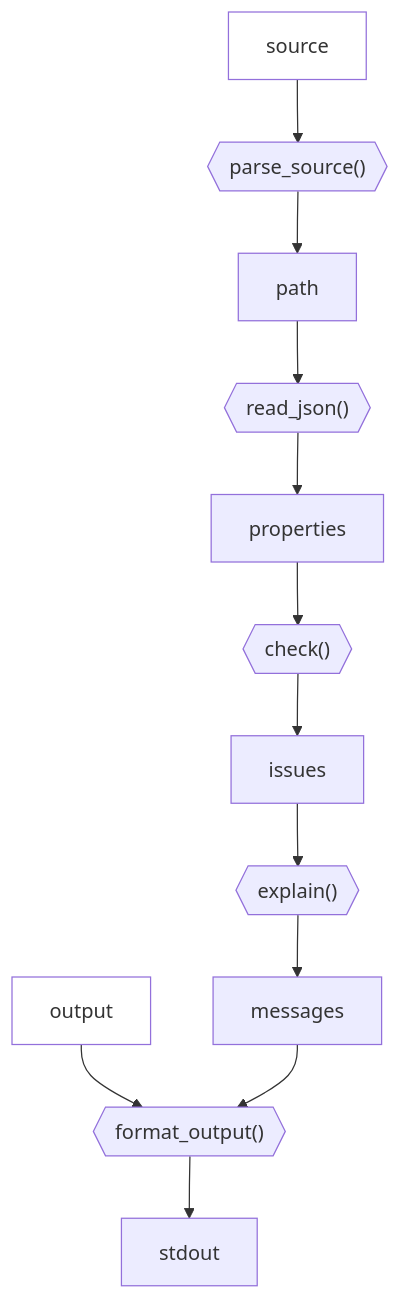
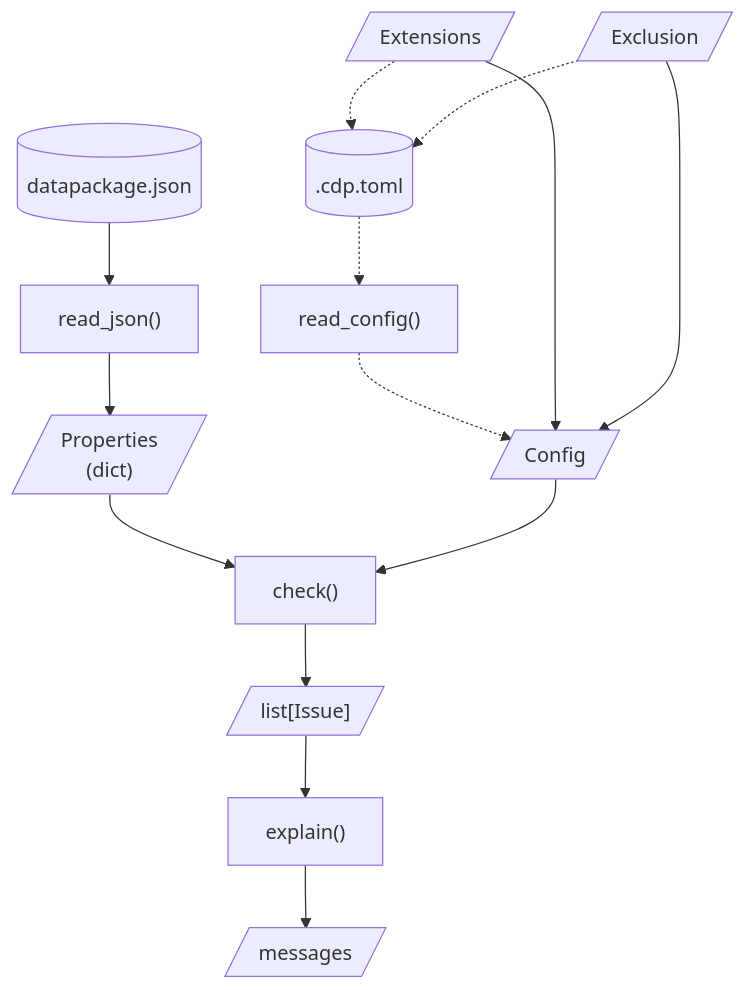
Before and after one commit to seedcase-project/check-datapackage: the diagram in docs/design/interface/python.qmd, drawn with Mermaid. The commit also changed other lines of this file and 3 other files, not shown here.

````diff
--- a/docs/design/interface/python.qmd
+++ b/docs/design/interface/python.qmd
@@ -142,13 +12,28 @@
 ```{mermaid}
-%%| label: fig-python-explain-cli-flow
-%%| fig-cap: "Diagram of the internal flow of functions and objects in the `explain_cli()` CLI function."
+%%| label: fig-interface-flow
+%%| fig-cap: "Flow of inputs and outputs through the functions and classes of `check-datapackage`."
+%%| fig-alt: "A flowchart showing the flow of using `check-datapackage`, starting with reading the `datapackage.json` and `.cdp.toml` files, then checking the properties with the config, and finally explaining any issues found."
 flowchart TD
-    source:::input --> parse_source{{"parse_source()"}} --> path
-    path --> read_json{{"read_json()"}} --> properties
-    properties --> check{{"check()"}} --> issues
-    issues --> explain{{"explain()"}} --> messages
-    output_opt[output]:::input --> format_output{{"format_output()"}}
-    messages --> format_output --> stdout
+    descriptor_file[(datapackage.json)]
+    read_json["read_json()"]
+    properties[/"Properties<br>(dict)"/]
 
-    classDef input fill:#FFF
+    config_file[(.cdp.toml)]
+    read_config["read_config()"]
+
+    config[/Config/]
+    extensions[/Extensions/]
+    exclusion[/Exclusion/]
+    check["check()"]
+    issues[/"list[Issue]"/]
+
+    explain["explain()"]
+    messages[/messages/]
+
+    descriptor_file --> read_json --> properties
+    config_file -.-> read_config -.-> config
+    extensions & exclusion --> config
+    extensions & exclusion -.-> config_file
+
+    properties & config --> check --> issues --> explain --> messages
 ```
````
